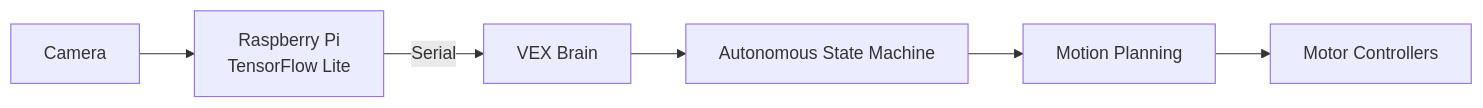
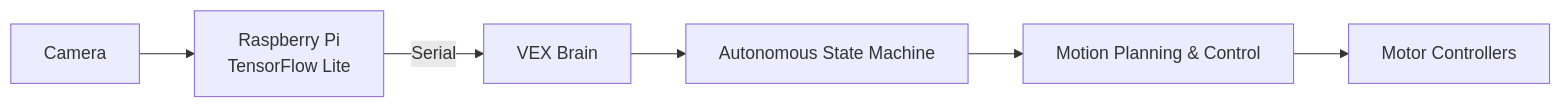
The diagram in src/content/docs/Robotics/index.mdx (adkadt/adkadt.github.io), drawn with Mermaid before and after one commit. The commit also changed other lines of this file and 2 other files, not shown here.

Commit message:
started vision section

````diff
--- a/src/content/docs/Robotics/index.mdx
+++ b/src/content/docs/Robotics/index.mdx
@@ -27,14 +30,14 @@
 ```mermaid
 flowchart LR
 
 Camera --> Pi["Raspberry Pi
 TensorFlow Lite"]
 
 Pi -->|"Serial"| Brain["VEX Brain"]
 
 Brain --> Vision["Autonomous State Machine"]
 
-Vision --> Motion["Motion Planning"]
+Vision --> Motion["Motion Planning & Control"]
 
 Motion --> Drive["Motor Controllers"]
 ```
````
